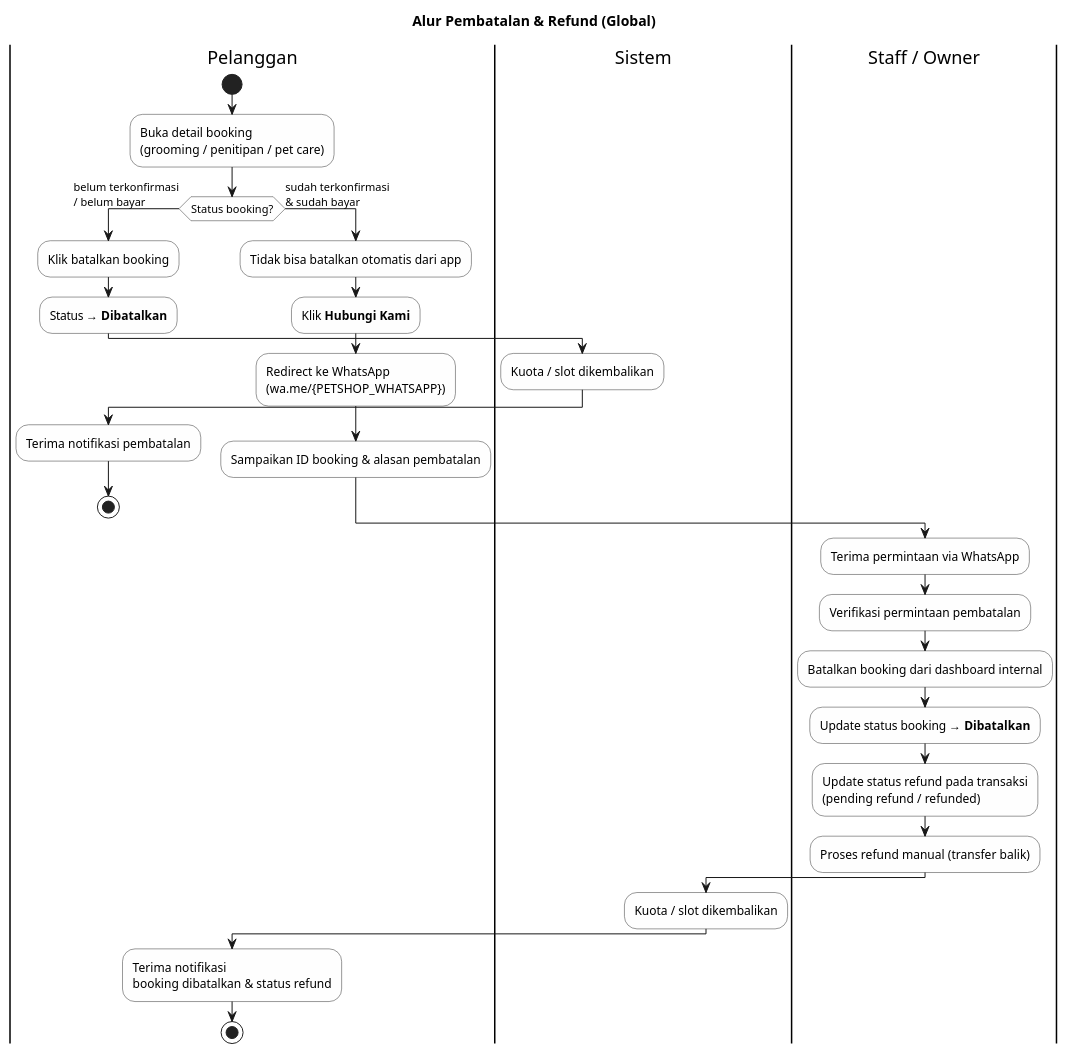
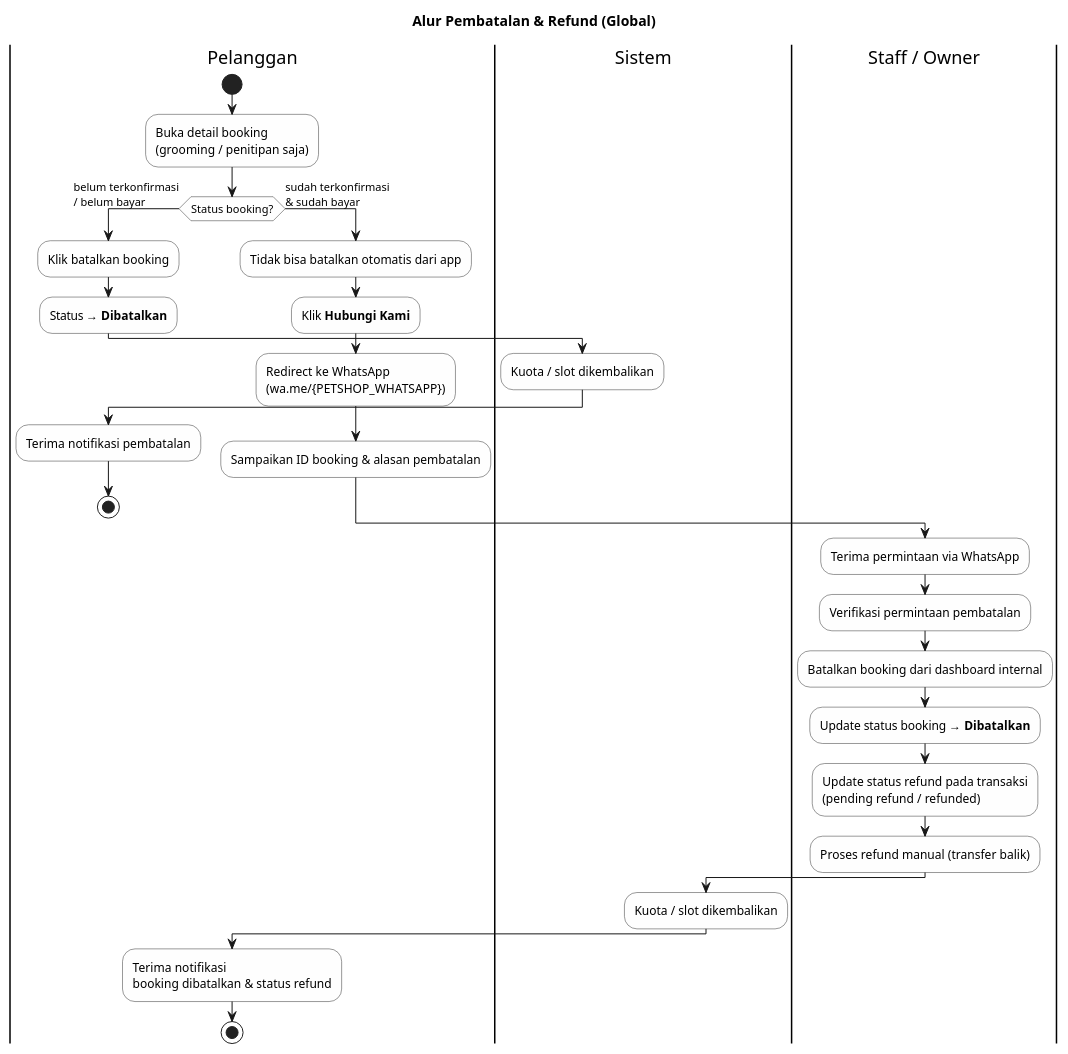
Before and after one commit to nonamebkz/pet-hotel: the seventh of 11 diagrams in diagrams/activity/activity-diagram.md, drawn with PlantUML. The commit also changed other lines of this file and 13 other files, not shown here.

````diff
--- a/diagrams/activity/activity-diagram.md
+++ b/diagrams/activity/activity-diagram.md
@@ -513,44 +509,44 @@
 ```plantuml
 @startuml activity-pembatalan-refund
 skinparam activity {
   BackgroundColor #FEFEFE
   BorderColor #333333
 }
 
 title Alur Pembatalan & Refund (Global)
 
 |Pelanggan|
 start
-:Buka detail booking\n(grooming / penitipan / pet care);
+:Buka detail booking\n(grooming / penitipan saja);
 
 if (Status booking?) then (belum terkonfirmasi\n/ belum bayar)
   :Klik batalkan booking;
   :Status → **Dibatalkan**;
   |Sistem|
   :Kuota / slot dikembalikan;
   |Pelanggan|
   :Terima notifikasi pembatalan;
   stop
 else (sudah terkonfirmasi\n& sudah bayar)
   :Tidak bisa batalkan otomatis dari app;
   :Klik **Hubungi Kami**;
   :Redirect ke WhatsApp\n(wa.me/{PETSHOP_WHATSAPP});
   :Sampaikan ID booking & alasan pembatalan;
 endif
 
 |Staff / Owner|
 :Terima permintaan via WhatsApp;
 :Verifikasi permintaan pembatalan;
 :Batalkan booking dari dashboard internal;
 :Update status booking → **Dibatalkan**;
 :Update status refund pada transaksi\n(pending refund / refunded);
 :Proses refund manual (transfer balik);
 |Sistem|
 :Kuota / slot dikembalikan;
 
 |Pelanggan|
 :Terima notifikasi\nbooking dibatalkan & status refund;
 
 stop
 @enduml
 ```
````
